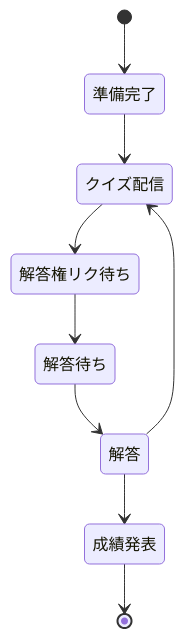
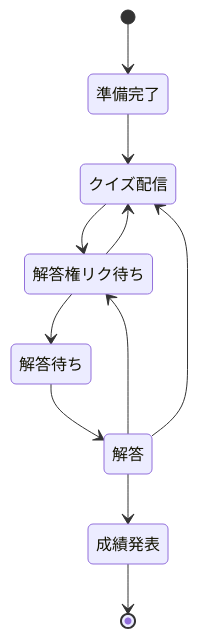
Before and after one commit to jyogi-web/rustknock: the second of 2 diagrams in documents/quiz-server.md, drawn with Mermaid. The commit also changed 2 other files, not shown here.

Commit message:
時間切れの遷移まで実装

````diff
--- a/documents/quiz-server.md
+++ b/documents/quiz-server.md
@@ -34,12 +34,14 @@
 ```mermaid
 stateDiagram
     [*] --> 準備完了
     準備完了 --> クイズ配信
     クイズ配信 --> 解答権リク待ち
     解答権リク待ち --> 解答待ち
+    解答権リク待ち --> クイズ配信
     解答待ち --> 解答
+    解答 --> 解答権リク待ち
     解答 --> クイズ配信
     解答 --> 成績発表
     成績発表 --> [*]
     
 ```
````
